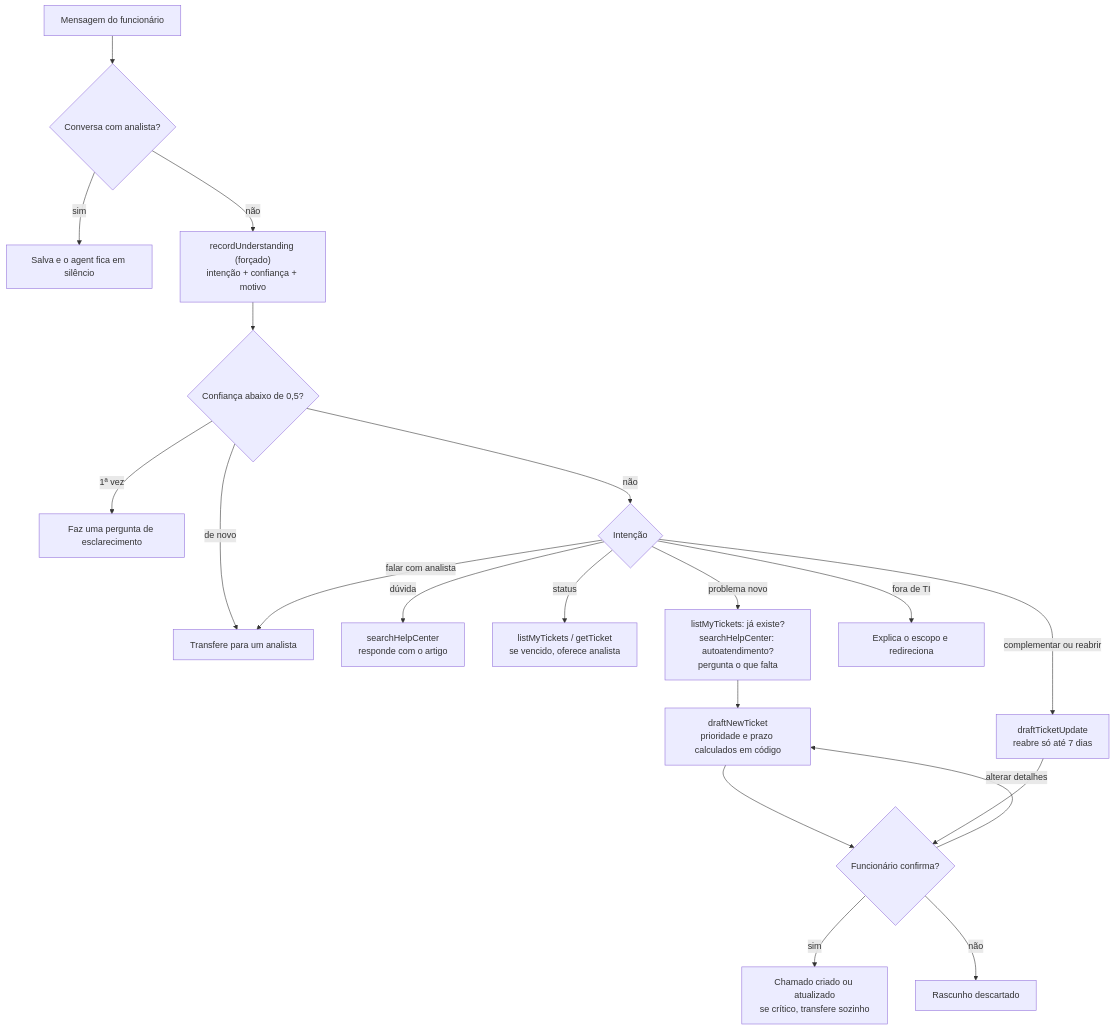
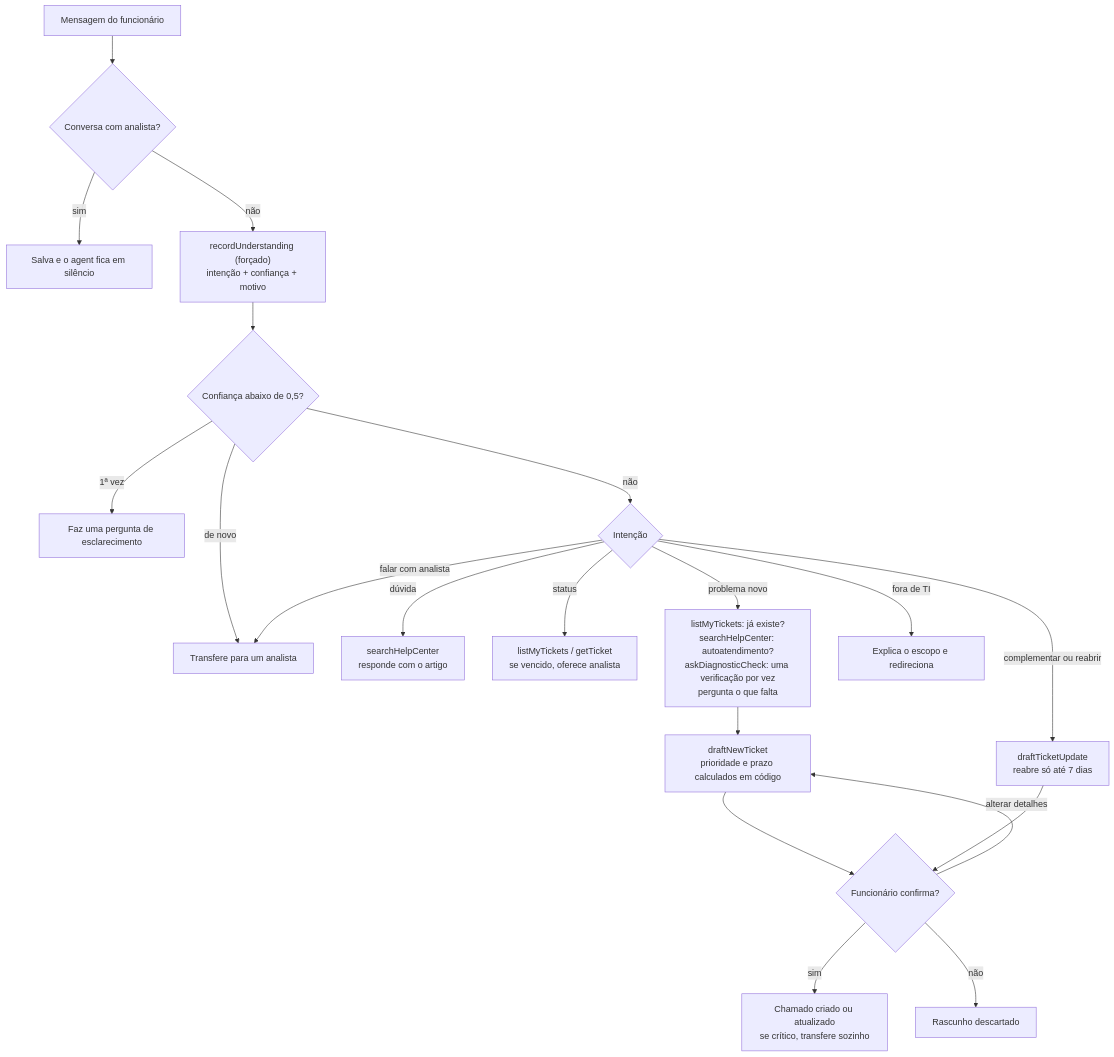
One commit to skarL007/nexo-assist changed the third of 3 diagrams in README.md. Above: the diagram before and after it, drawn with Mermaid. The commit also changed other lines of this file and 3 other files, not shown here.

````diff
--- a/README.md
+++ b/README.md
@@ -195,22 +195,22 @@
 ```mermaid
 flowchart TD
   A["Mensagem do funcionário"] --> B{"Conversa com analista?"}
   B -- sim --> P["Salva e o agent fica em silêncio"]
   B -- não --> C["recordUnderstanding (forçado)<br/>intenção + confiança + motivo"]
   C --> D{"Confiança abaixo de 0,5?"}
   D -- "1ª vez" --> Q0["Faz uma pergunta de esclarecimento"]
   D -- "de novo" --> H["Transfere para um analista"]
   D -- não --> E{"Intenção"}
   E -- dúvida --> Q["searchHelpCenter<br/>responde com o artigo"]
   E -- status --> S["listMyTickets / getTicket<br/>se vencido, oferece analista"]
-  E -- problema novo --> N["listMyTickets: já existe?<br/>searchHelpCenter: autoatendimento?<br/>pergunta o que falta"]
+  E -- problema novo --> N["listMyTickets: já existe?<br/>searchHelpCenter: autoatendimento?<br/>askDiagnosticCheck: uma verificação por vez<br/>pergunta o que falta"]
   N --> DR["draftNewTicket<br/>prioridade e prazo calculados em código"]
   E -- complementar ou reabrir --> U["draftTicketUpdate<br/>reabre só até 7 dias"]
   DR --> CF{"Funcionário confirma?"}
   U --> CF
   CF -- sim --> OK["Chamado criado ou atualizado<br/>se crítico, transfere sozinho"]
   CF -- "alterar detalhes" --> DR
   CF -- não --> X["Rascunho descartado"]
   E -- falar com analista --> H
   E -- fora de TI --> O["Explica o escopo e redireciona"]
 ```
````
